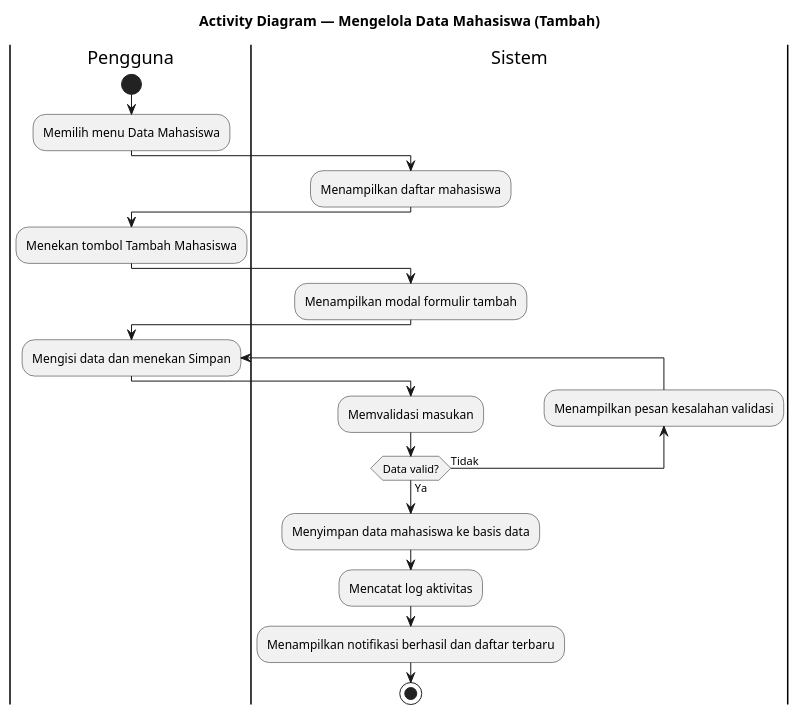
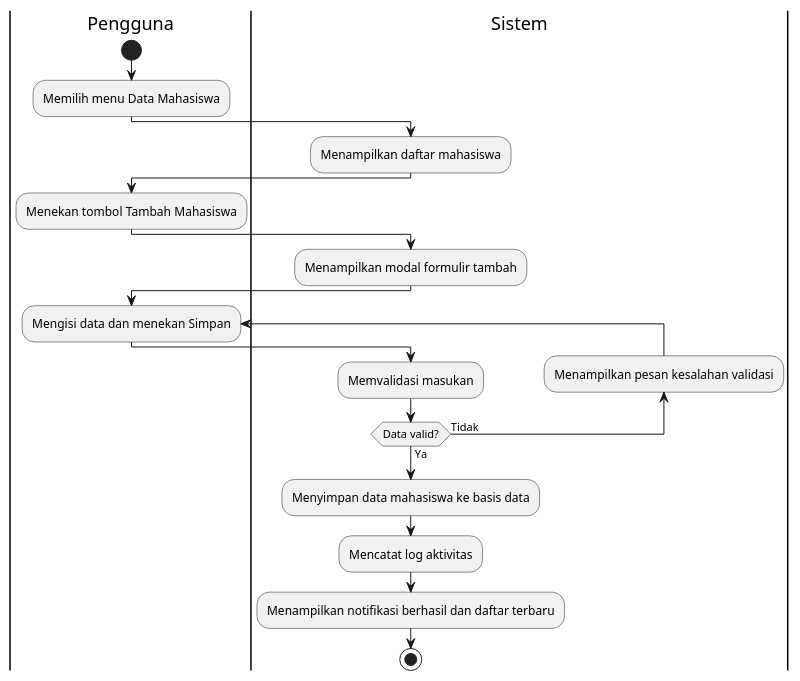
Before and after one commit to bagaskarawg/simaftunsur: the second of 4 diagrams in docs/vp-import/simaftunsur-activity.puml, drawn with PlantUML. The commit also changed other lines of this file and 137 other files, not shown here.

First line of the commit message:
docs: diagram VP (UC/AD/Class/Sequence/ERD), flowchart algoritma, wireframe & daftar simbol

```diff
--- a/docs/vp-import/simaftunsur-activity.puml
+++ b/docs/vp-import/simaftunsur-activity.puml
@@ -30,22 +30,22 @@
 @startuml AD-02-Kelola-Data-Mahasiswa
-title Activity Diagram — Mengelola Data Mahasiswa (Tambah)
+skinparam backgroundColor #FFFFFF
 |Pengguna|
 start
 :Memilih menu Data Mahasiswa;
 |Sistem|
 :Menampilkan daftar mahasiswa;
 |Pengguna|
 :Menekan tombol Tambah Mahasiswa;
 |Sistem|
 :Menampilkan modal formulir tambah;
 |Pengguna|
 repeat :Mengisi data dan menekan Simpan;
 |Sistem|
 :Memvalidasi masukan;
 backward :Menampilkan pesan kesalahan validasi;
 repeat while (Data valid?) is (Tidak) not (Ya)
 :Menyimpan data mahasiswa ke basis data;
 :Mencatat log aktivitas;
 :Menampilkan notifikasi berhasil dan daftar terbaru;
 stop
 @enduml
```
